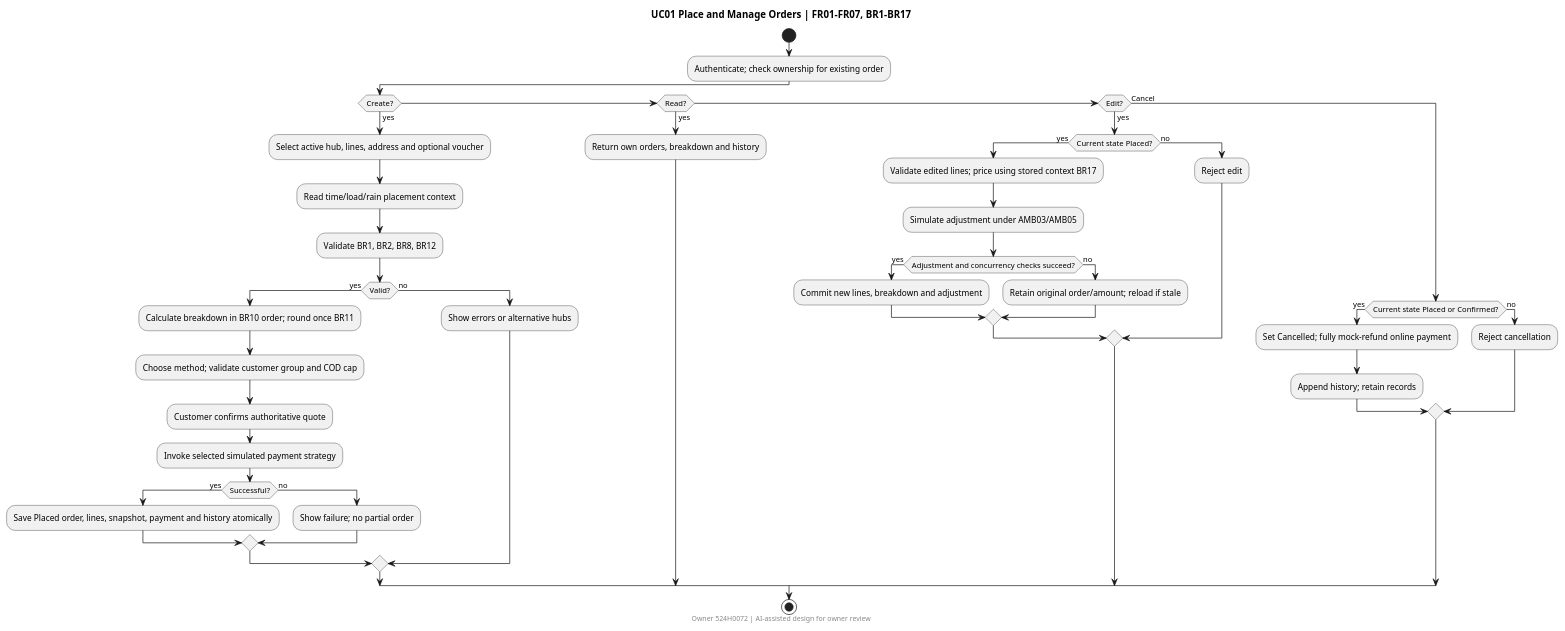
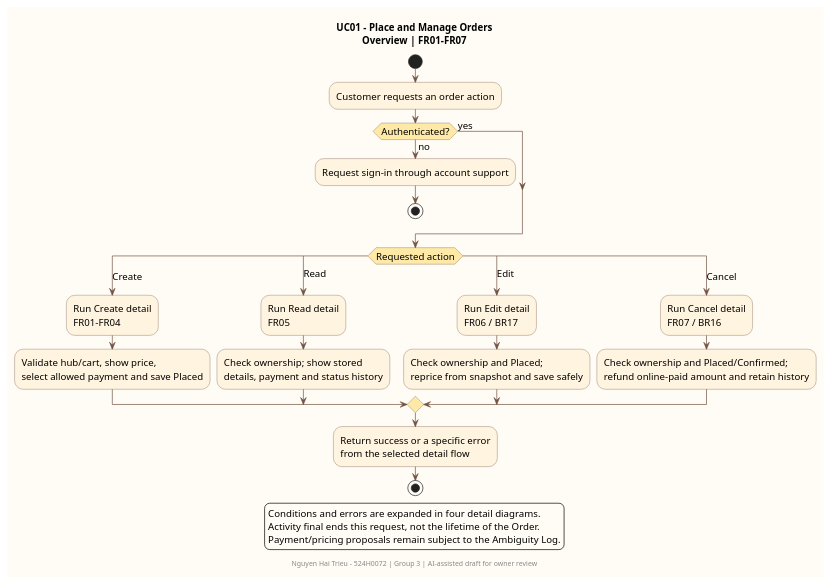
One commit to rumnopro0809/saigonbite-group3 changed the diagram in docs/part2/diagrams/uc01-order-activity.puml. Above: the diagram before and after it, drawn with PlantUML. The commit also changed 23 other files, not shown here.

Commit message:
docs(uc01): complete Nov 11 activity and lifecycle review

```diff
--- a/docs/part2/diagrams/uc01-order-activity.puml
+++ b/docs/part2/diagrams/uc01-order-activity.puml
@@ -1,46 +1,41 @@
 @startuml
-title UC01 Place and Manage Orders | FR01-FR07, BR1-BR17
-footer Owner 524H0072 | AI-assisted design for owner review
+title UC01 - Place and Manage Orders\nOverview | FR01-FR07
+footer Nguyen Hai Trieu - 524H0072 | Group 3 | AI-assisted draft for owner review
+skinparam backgroundColor #FFFCF5
+skinparam shadowing false
+skinparam defaultFontName SansSerif
+skinparam defaultFontSize 14
+skinparam activityBackgroundColor #FFF4DF
+skinparam activityBorderColor #735344
+skinparam activityDiamondBackgroundColor #FFE9A7
+skinparam activityDiamondBorderColor #735344
+skinparam ArrowColor #735344
 start
-:Authenticate; check ownership for existing order;
-if (Create?) then (yes)
- :Select active hub, lines, address and optional voucher;
- :Read time/load/rain placement context;
- :Validate BR1, BR2, BR8, BR12;
- if (Valid?) then (yes)
-  :Calculate breakdown in BR10 order; round once BR11;
-  :Choose method; validate customer group and COD cap;
-  :Customer confirms authoritative quote;
-  :Invoke selected simulated payment strategy;
-  if (Successful?) then (yes)
-   :Save Placed order, lines, snapshot, payment and history atomically;
-  else (no)
-   :Show failure; no partial order;
-  endif
- else (no)
-  :Show errors or alternative hubs;
- endif
-elseif (Read?) then (yes)
- :Return own orders, breakdown and history;
-elseif (Edit?) then (yes)
- if (Current state Placed?) then (yes)
-  :Validate edited lines; price using stored context BR17;
-  :Simulate adjustment under AMB03/AMB05;
-  if (Adjustment and concurrency checks succeed?) then (yes)
-   :Commit new lines, breakdown and adjustment;
-  else (no)
-   :Retain original order/amount; reload if stale;
-  endif
- else (no)
-  :Reject edit;
- endif
-else (Cancel)
- if (Current state Placed or Confirmed?) then (yes)
-  :Set Cancelled; fully mock-refund online payment;
-  :Append history; retain records;
- else (no)
-  :Reject cancellation;
- endif
+:Customer requests an order action;
+if (Authenticated?) then (yes)
+else (no)
+ :Request sign-in through account support;
+ stop
 endif
+switch (Requested action)
+case (Create)
+ :Run Create detail\nFR01-FR04;
+ :Validate hub/cart, show price,\nselect allowed payment and save Placed;
+case (Read)
+ :Run Read detail\nFR05;
+ :Check ownership; show stored\ndetails, payment and status history;
+case (Edit)
+ :Run Edit detail\nFR06 / BR17;
+ :Check ownership and Placed;\nreprice from snapshot and save safely;
+case (Cancel)
+ :Run Cancel detail\nFR07 / BR16;
+ :Check ownership and Placed/Confirmed;\nrefund online-paid amount and retain history;
+endswitch
+:Return success or a specific error\nfrom the selected detail flow;
 stop
+legend bottom
+  Conditions and errors are expanded in four detail diagrams.
+  Activity final ends this request, not the lifetime of the Order.
+  Payment/pricing proposals remain subject to the Ambiguity Log.
+endlegend
 @enduml
```
